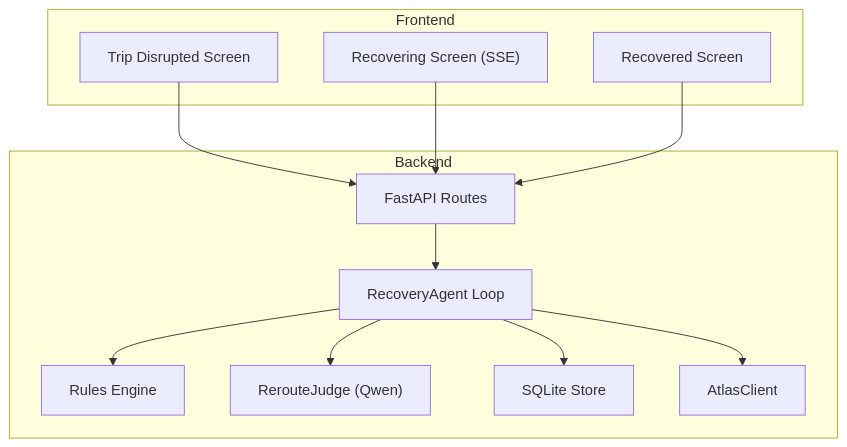
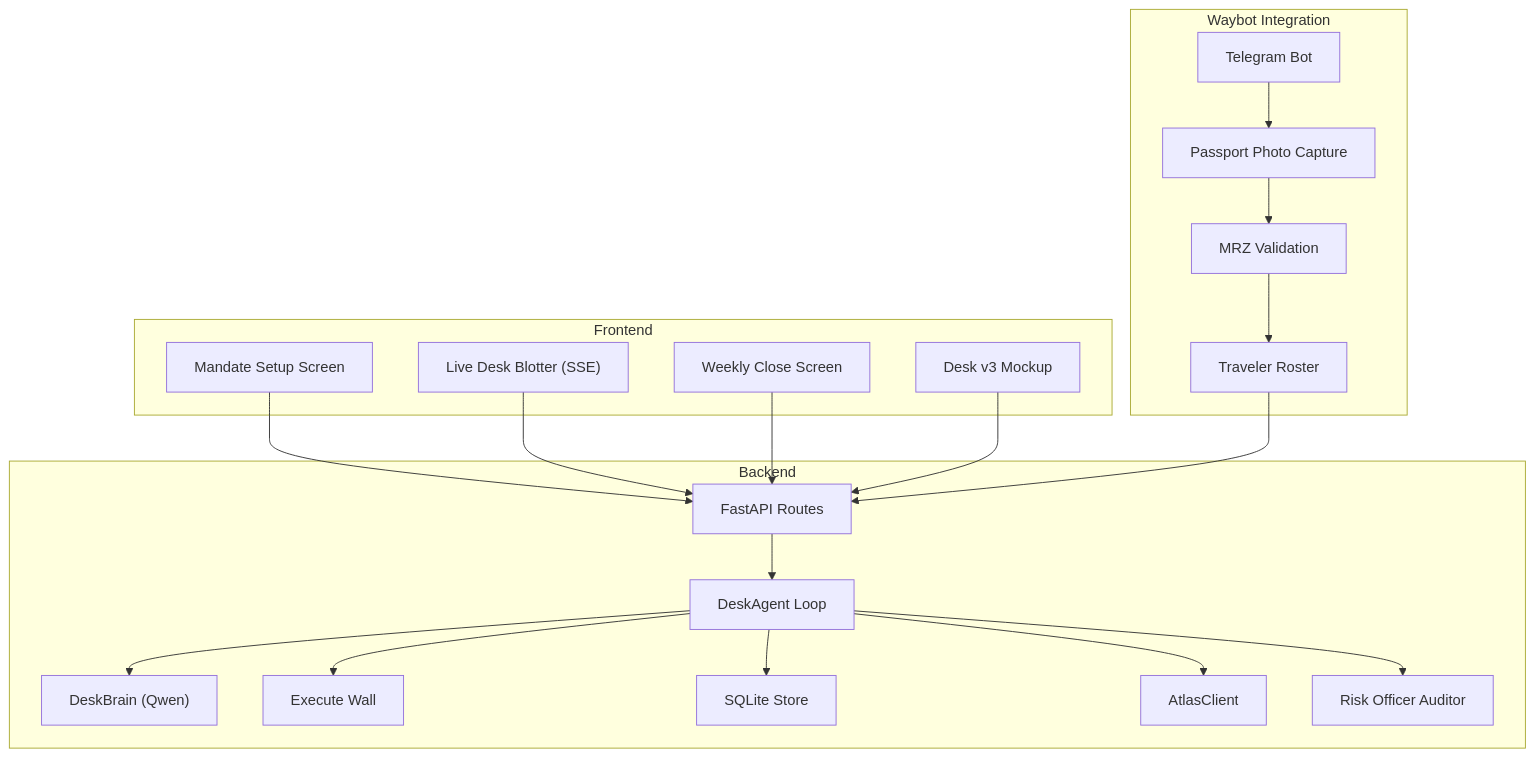
The first of 7 diagrams in .qoder/repowiki/en/content/Project Overview/Project Overview.md (jaydonnnk/waypoint), drawn with Mermaid before and after one commit. The commit also changed other lines of this file and 9 other files, not shown here.

````diff
--- a/.qoder/repowiki/en/content/Project Overview/Project Overview.md
+++ b/.qoder/repowiki/en/content/Project Overview/Project Overview.md
@@ -59,24 +71,38 @@
 ```mermaid
 graph TB
 subgraph "Frontend"
-FE1["Trip Disrupted Screen"]
-FE2["Recovering Screen (SSE)"]
-FE3["Recovered Screen"]
+FE1["Mandate Setup Screen"]
+FE2["Live Desk Blotter (SSE)"]
+FE3["Weekly Close Screen"]
+FE4["Desk v3 Mockup"]
 end
 subgraph "Backend"
 API["FastAPI Routes"]
-Agent["RecoveryAgent Loop"]
-Rules["Rules Engine"]
-Judge["RerouteJudge (Qwen)"]
+DeskAgent["DeskAgent Loop"]
+DeskBrain["DeskBrain (Qwen)"]
+ExecuteWall["Execute Wall"]
 Store["SQLite Store"]
 Atlas["AtlasClient"]
+Auditor["Risk Officer Auditor"]
+end
+subgraph "Waybot Integration"
+TG["Telegram Bot"]
+PassportCapture["Passport Photo Capture"]
+MRZValidation["MRZ Validation"]
+TravelerRoster["Traveler Roster"]
 end
 FE1 --> API
 FE2 --> API
 FE3 --> API
-API --> Agent
-Agent --> Rules
-Agent --> Judge
-Agent --> Atlas
-Agent --> Store
+FE4 --> API
+API --> DeskAgent
+DeskAgent --> DeskBrain
+DeskAgent --> ExecuteWall
+DeskAgent --> Atlas
+DeskAgent --> Store
+DeskAgent --> Auditor
+TG --> PassportCapture
+PassportCapture --> MRZValidation
+MRZValidation --> TravelerRoster
+TravelerRoster --> API
 ```
````
